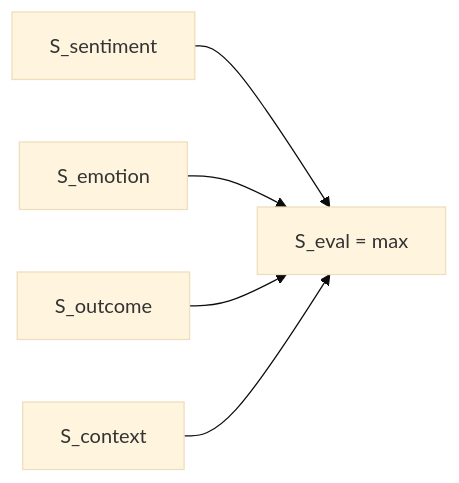
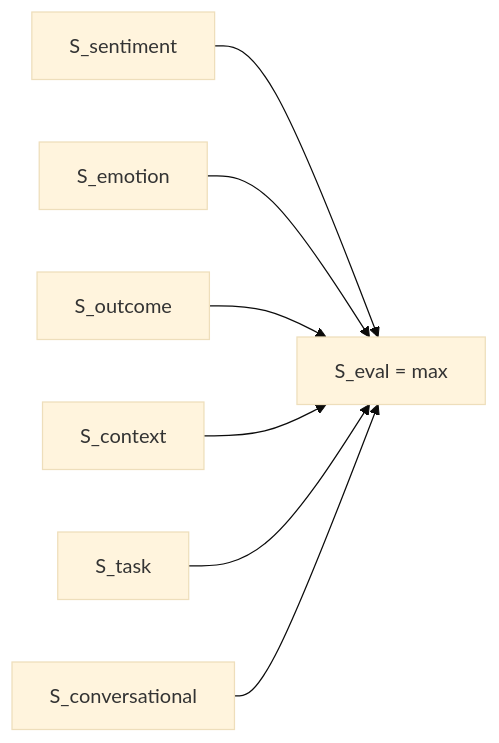
Before and after one commit to aacebo/loom: the fifth of 9 diagrams in docs/loom/scoring-algorithm.md, drawn with Mermaid (base theme). The commit also changed other lines of this file, not shown here.

````diff
--- a/docs/loom/scoring-algorithm.md
+++ b/docs/loom/scoring-algorithm.md
@@ -148,7 +204,9 @@
 ```mermaid
 flowchart LR
-    A[S_sentiment] --> E[S_eval = max]
-    B[S_emotion] --> E
-    C[S_outcome] --> E
-    D[S_context] --> E
+    A[S_sentiment] --> G[S_eval = max]
+    B[S_emotion] --> G
+    C[S_outcome] --> G
+    D[S_context] --> G
+    E[S_task] --> G
+    F[S_conversational] --> G
 ```
````
